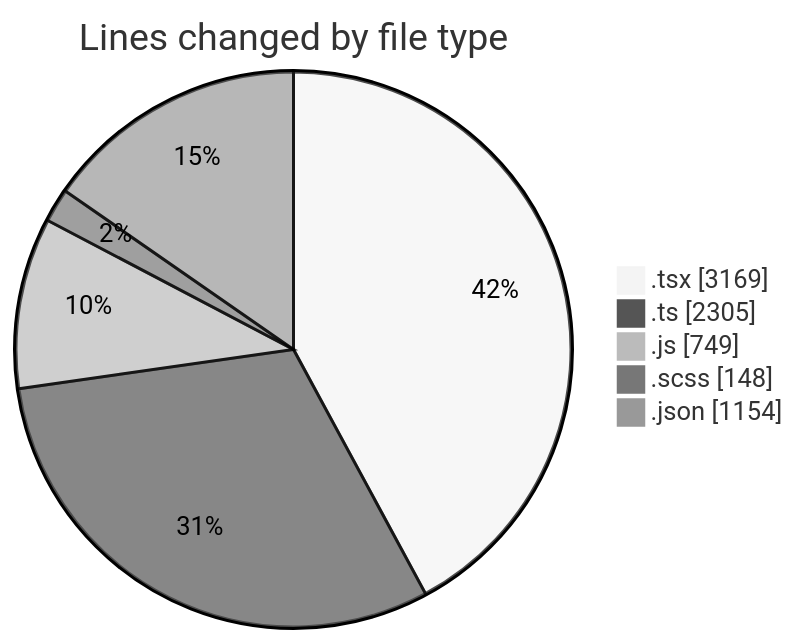
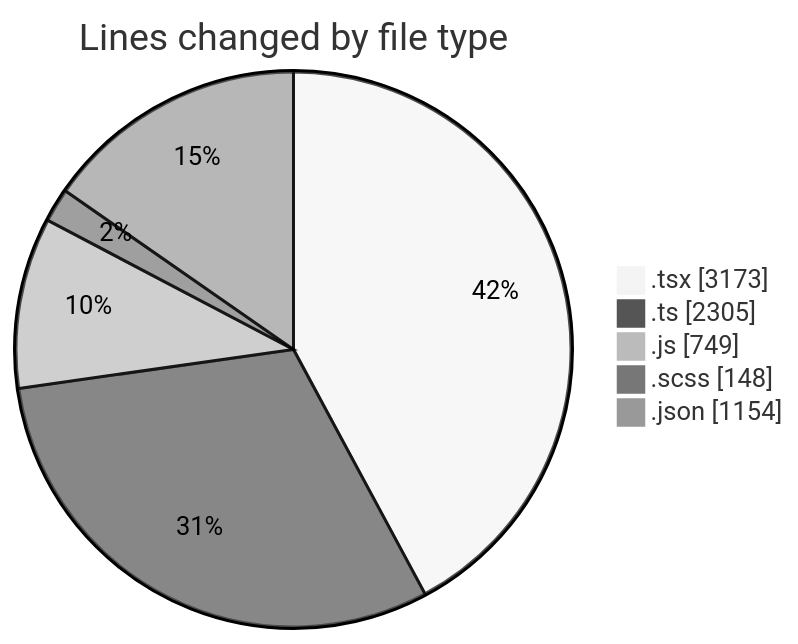
Before and after one commit to momahboobian/code-tracking: the first of 2 diagrams in 2026-06-15/cda/README.md, drawn with Mermaid (neutral theme). The commit also changed other lines of this file and 1 other file, not shown here.

````diff
--- a/2026-06-15/cda/README.md
+++ b/2026-06-15/cda/README.md
@@ -62,9 +62,9 @@
 ```mermaid
 pie showData
 title Lines changed by file type
-".tsx" : 3169
+".tsx" : 3173
 ".ts" : 2305
 ".js" : 749
 ".scss" : 148
 ".json" : 1154
 ```
````
